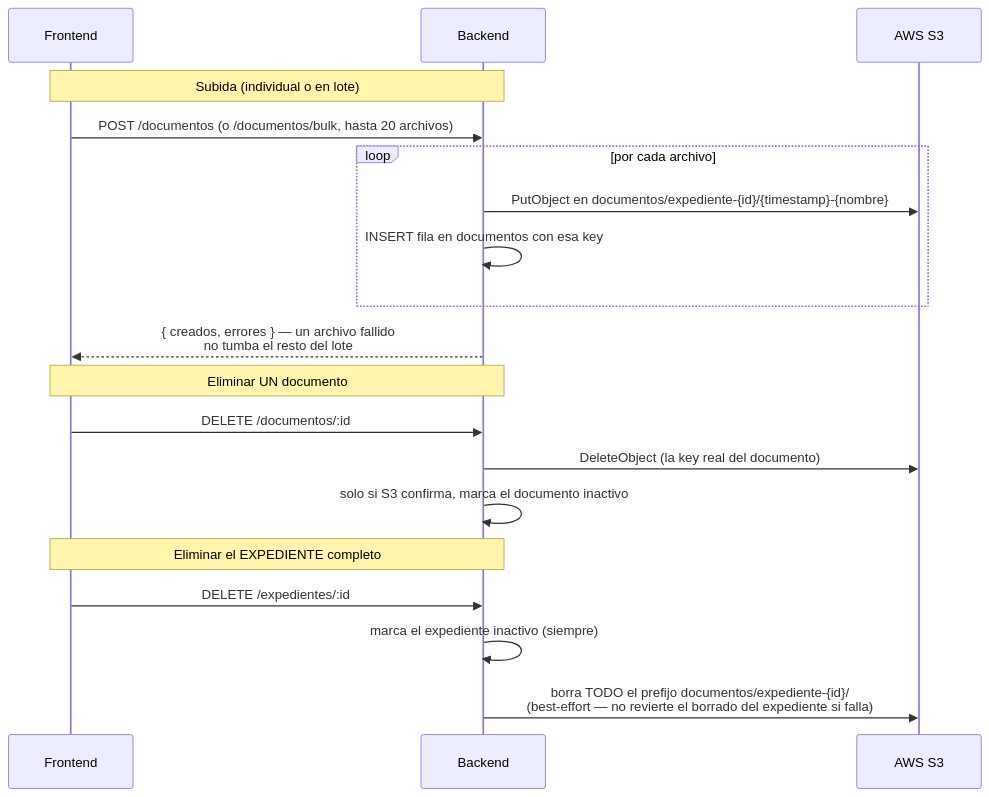
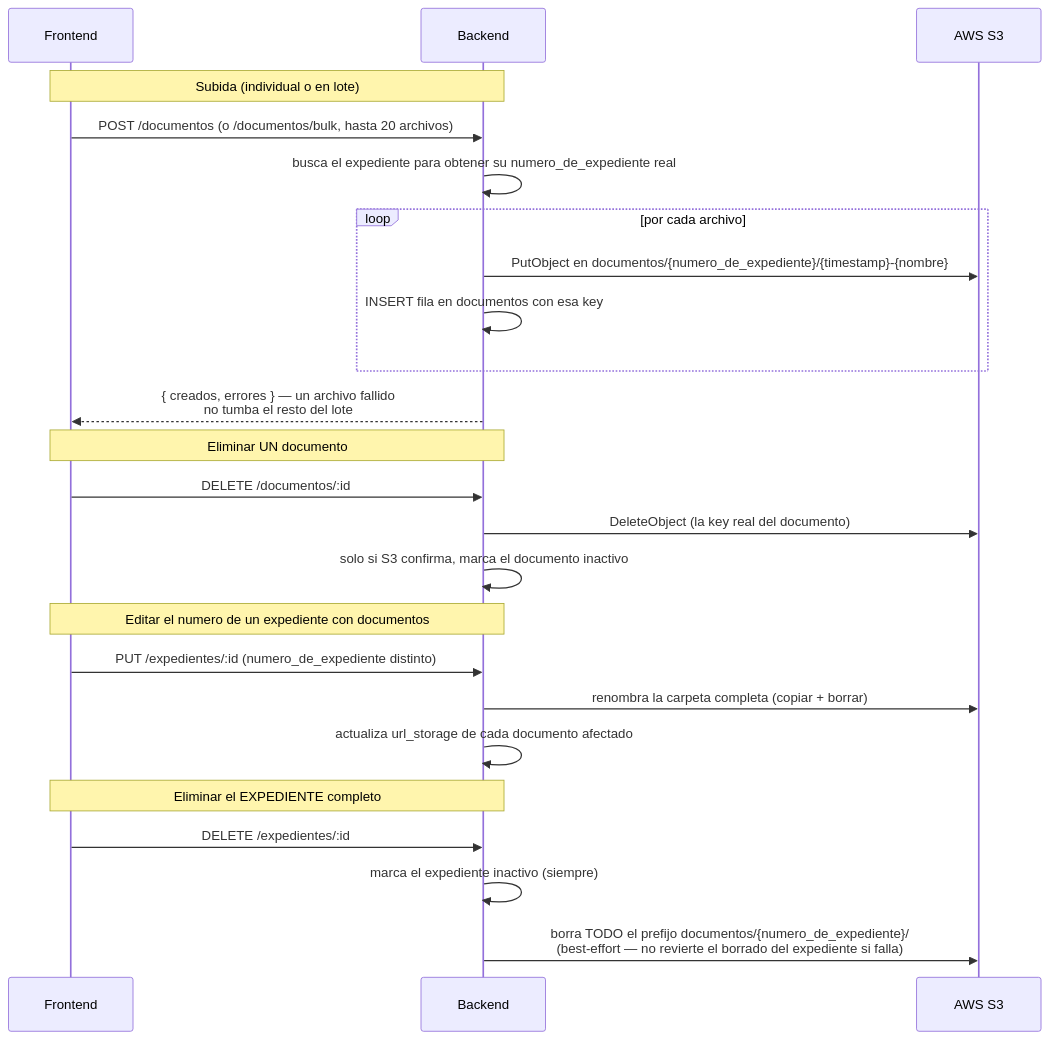
Before and after one commit to KoopStrategicAdvisory/back: the sixth of 7 diagrams in README.md, drawn with Mermaid. The commit also changed other lines of this file, not shown here.

Commit message:
docs: actualizar Flujo 5 con el nuevo nombrado de carpetas S3
el README describia el patron viejo (documentos/expediente-<id>/); se
actualiza al patron real actual (documentos/{numero_de_expediente}/) y se
agrega el paso de renombrado cuando el numero de expediente cambia.

````diff
--- a/README.md
+++ b/README.md
@@ -135,24 +135,30 @@
 ```mermaid
 sequenceDiagram
     participant F as Frontend
     participant API as Backend
     participant S3 as AWS S3
 
     Note over F,API: Subida (individual o en lote)
     F->>API: POST /documentos (o /documentos/bulk, hasta 20 archivos)
+    API->>API: busca el expediente para obtener su numero_de_expediente real
     loop por cada archivo
-        API->>S3: PutObject en documentos/expediente-{id}/{timestamp}-{nombre}
+        API->>S3: PutObject en documentos/{numero_de_expediente}/{timestamp}-{nombre}
         API->>API: INSERT fila en documentos con esa key
     end
     API-->>F: { creados, errores } — un archivo fallido<br/>no tumba el resto del lote
 
     Note over F,API: Eliminar UN documento
     F->>API: DELETE /documentos/:id
     API->>S3: DeleteObject (la key real del documento)
     API->>API: solo si S3 confirma, marca el documento inactivo
 
+    Note over F,API: Editar el numero de un expediente con documentos
+    F->>API: PUT /expedientes/:id (numero_de_expediente distinto)
+    API->>S3: renombra la carpeta completa (copiar + borrar)
+    API->>API: actualiza url_storage de cada documento afectado
+
     Note over F,API: Eliminar el EXPEDIENTE completo
     F->>API: DELETE /expedientes/:id
     API->>API: marca el expediente inactivo (siempre)
-    API->>S3: borra TODO el prefijo documentos/expediente-{id}/<br/>(best-effort — no revierte el borrado del expediente si falla)
+    API->>S3: borra TODO el prefijo documentos/{numero_de_expediente}/<br/>(best-effort — no revierte el borrado del expediente si falla)
 ```
````
